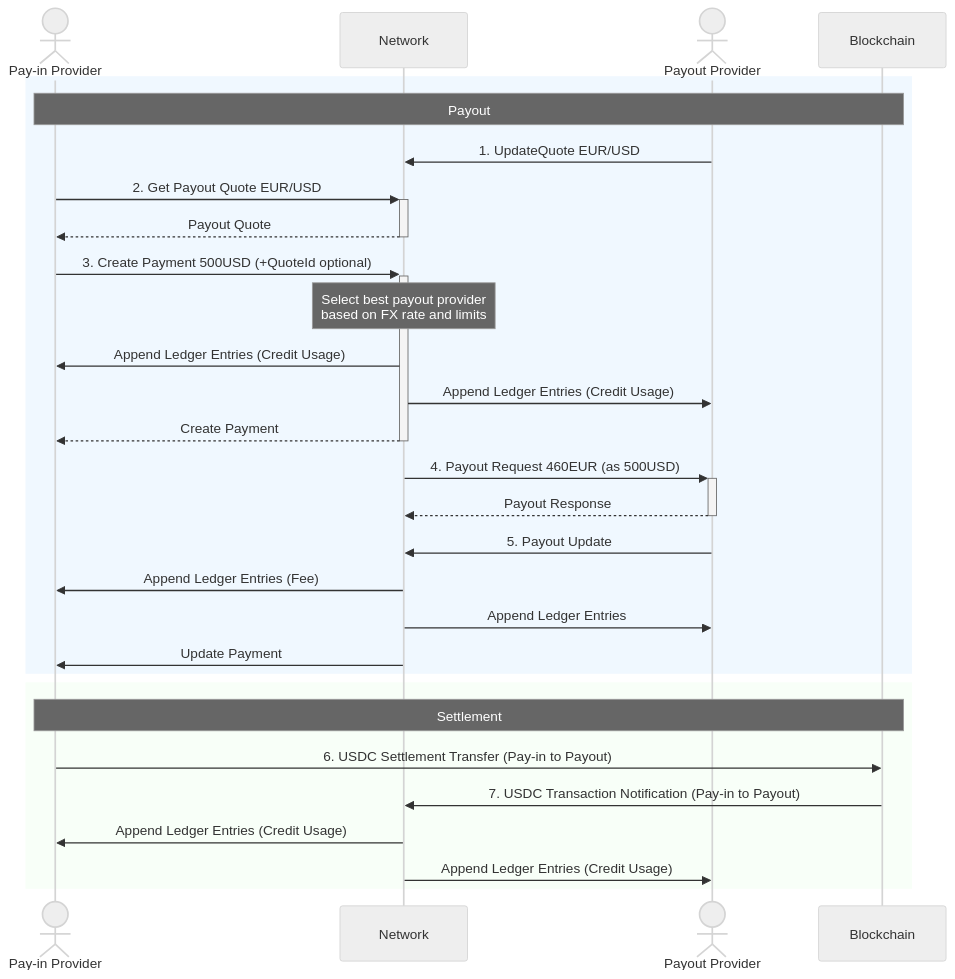
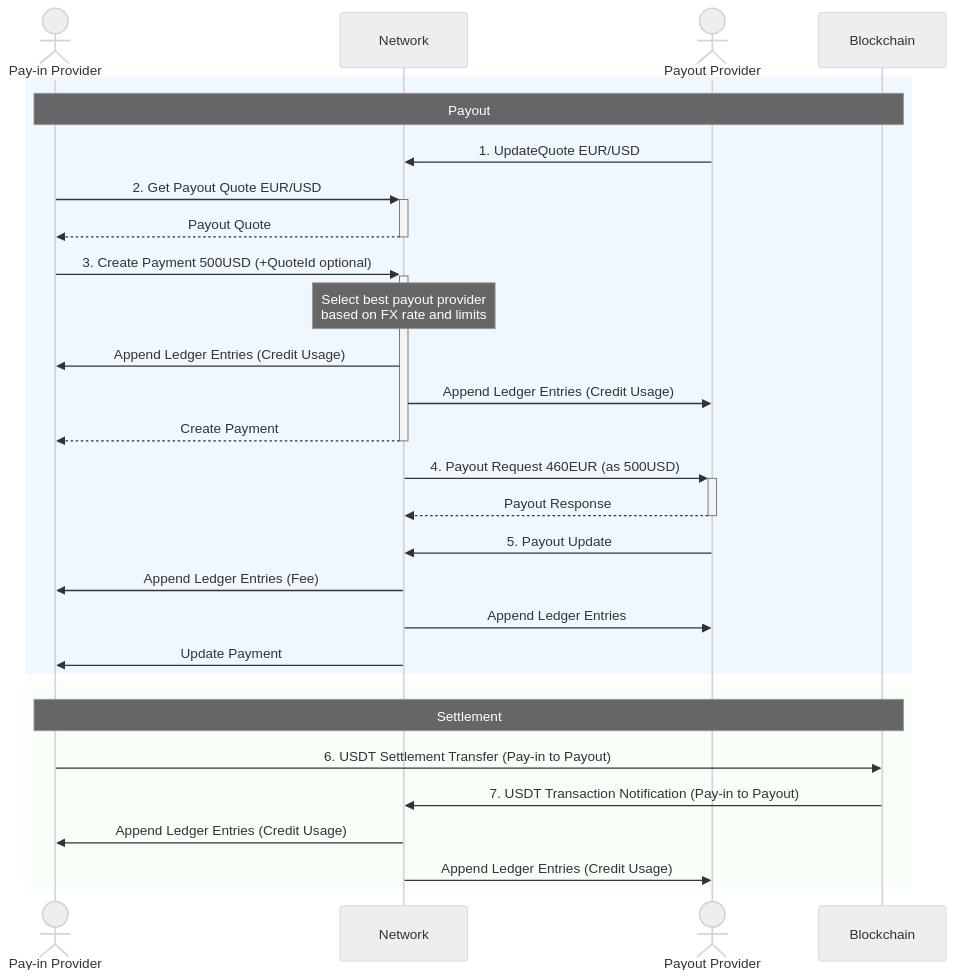
Before and after one commit to t-0-network/t-0-network.github.io: the diagram in content/docs/network/payment-flow.md, drawn with Mermaid (neutral theme). The commit also changed other lines of this file and 4 other files, not shown here.

````diff
--- a/content/docs/network/payment-flow.md
+++ b/content/docs/network/payment-flow.md
@@ -13,37 +13,37 @@
 ```mermaid
 sequenceDiagram
     actor PIP as Pay-in Provider
     participant N as Network
     actor POP as Payout Provider
     participant BC as Blockchain
 
     rect rgb(240, 248, 255)
         Note over PIP, BC: Payout
         
         POP->>N: 1. UpdateQuote EUR/USD
         PIP->>+N: 2. Get Payout Quote EUR/USD
         N-->>-PIP: Payout Quote
         PIP->>+N: 3. Create Payment 500USD (+QuoteId optional)
         Note over N: Select best payout provider<br/>based on FX rate and limits
         N->>PIP: Append Ledger Entries (Credit Usage)
         N->>POP: Append Ledger Entries (Credit Usage)
         N-->>-PIP: Create Payment
 
         N->>+POP: 4. Payout Request 460EUR (as 500USD)
         POP-->>-N: Payout Response
 
         POP->>N: 5. Payout Update
         N->>PIP: Append Ledger Entries (Fee)
         N->>POP: Append Ledger Entries
         N->>PIP: Update Payment
     end
 
     rect rgb(248, 255, 248)
         Note over PIP, BC: Settlement
         
-        PIP->>BC: 6. USDC Settlement Transfer (Pay-in to Payout)
-        BC->>N: 7. USDC Transaction Notification (Pay-in to Payout)
+        PIP->>BC: 6. USDT Settlement Transfer (Pay-in to Payout)
+        BC->>N: 7. USDT Transaction Notification (Pay-in to Payout)
         N->>PIP: Append Ledger Entries (Credit Usage)
         N->>POP: Append Ledger Entries (Credit Usage)
     end
 ```
````
